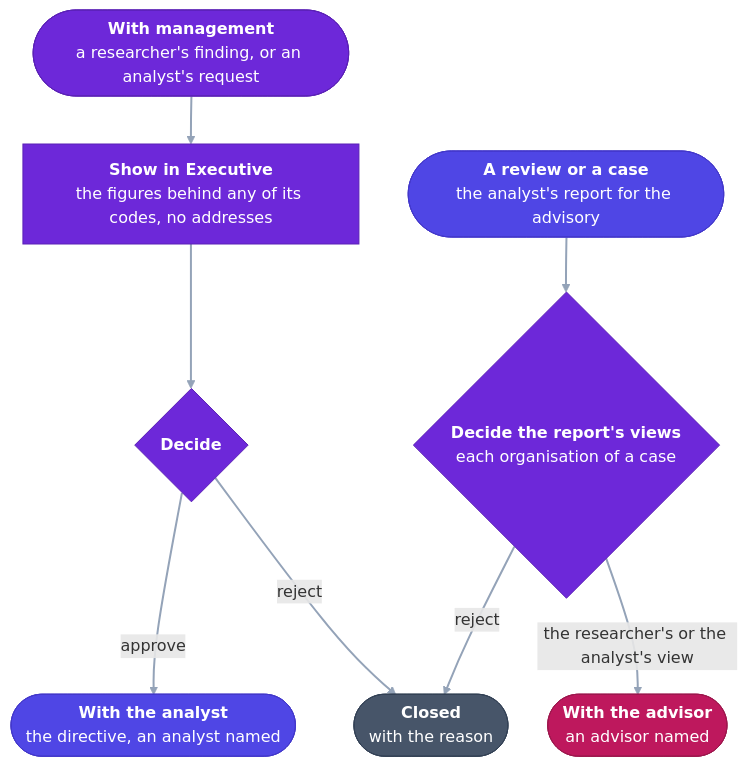
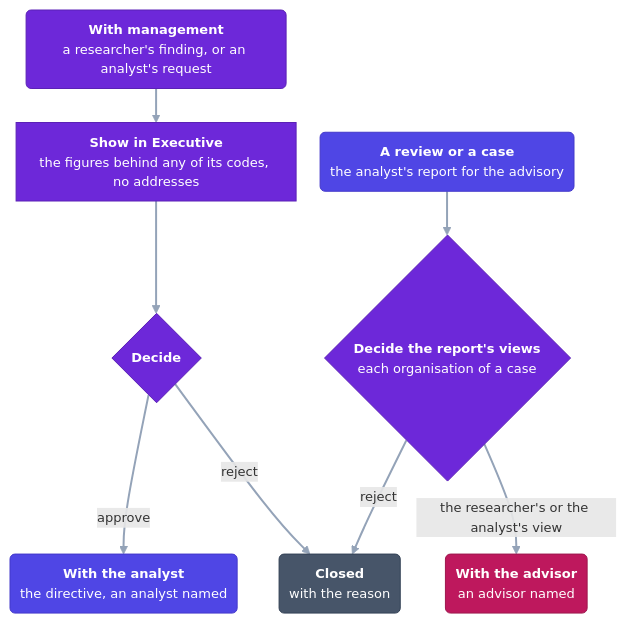
One commit to anonghosty/looking-glass changed the sixth of 7 diagrams in docs/USE_CASES.md. Above: the diagram before and after it, drawn with Mermaid. The commit also changed other lines of this file and 3 other files, not shown here.

First line of the commit message:
Docs: compact diagrams, and the people as the roles are

````diff
--- a/docs/USE_CASES.md
+++ b/docs/USE_CASES.md
@@ -235,25 +238,25 @@
 ```mermaid
-%%{init: {"flowchart": {"curve": "basis", "nodeSpacing": 38, "rankSpacing": 48, "padding": 14, "wrappingWidth": 280}}}%%
+%%{init: {"themeVariables": {"fontSize": "13px"}, "flowchart": {"curve": "basis", "nodeSpacing": 24, "rankSpacing": 34, "padding": 10, "wrappingWidth": 240}}}%%
 flowchart TD
-    I(["<b>With management</b><br/>a researcher's finding, or an analyst's request"]):::mgmt
+    I("<b>With management</b><br/>a researcher's finding, or an analyst's request"):::mgmt
     X["<b>Show in Executive</b><br/>the figures behind any of its codes, no addresses"]:::mgmt
     E{"<b>Decide</b>"}:::mgmt
-    A(["<b>With the analyst</b><br/>the directive, an analyst named"]):::analyst
-    C(["<b>Closed</b><br/>with the reason"]):::closed
-    Q(["<b>A review or a case</b><br/>the analyst's report for the advisory"]):::analyst
+    A("<b>With the analyst</b><br/>the directive, an analyst named"):::analyst
+    C("<b>Closed</b><br/>with the reason"):::closed
+    Q("<b>A review or a case</b><br/>the analyst's report for the advisory"):::analyst
     F{"<b>Decide the report's views</b><br/>each organisation of a case"}:::mgmt
-    V(["<b>With the advisor</b><br/>an advisor named"]):::advisor
+    V("<b>With the advisor</b><br/>an advisor named"):::advisor
     I --> X --> E
     E -- "approve" --> A
     E -- "reject" --> C
     Q --> F
     F -- "the researcher's or the analyst's view" --> V
     F -- "reject" --> C
     classDef research fill:#0369a1,stroke:#075985,color:#fff
     classDef analyst fill:#4f46e5,stroke:#4338ca,color:#fff
     classDef mgmt fill:#6d28d9,stroke:#5b21b6,color:#fff
     classDef advisor fill:#be185d,stroke:#9d174d,color:#fff
     classDef closed fill:#475569,stroke:#334155,color:#fff
     classDef ext fill:#b45309,stroke:#92400e,color:#fff
     linkStyle default stroke:#94a3b8,stroke-width:2px
 ```
````
